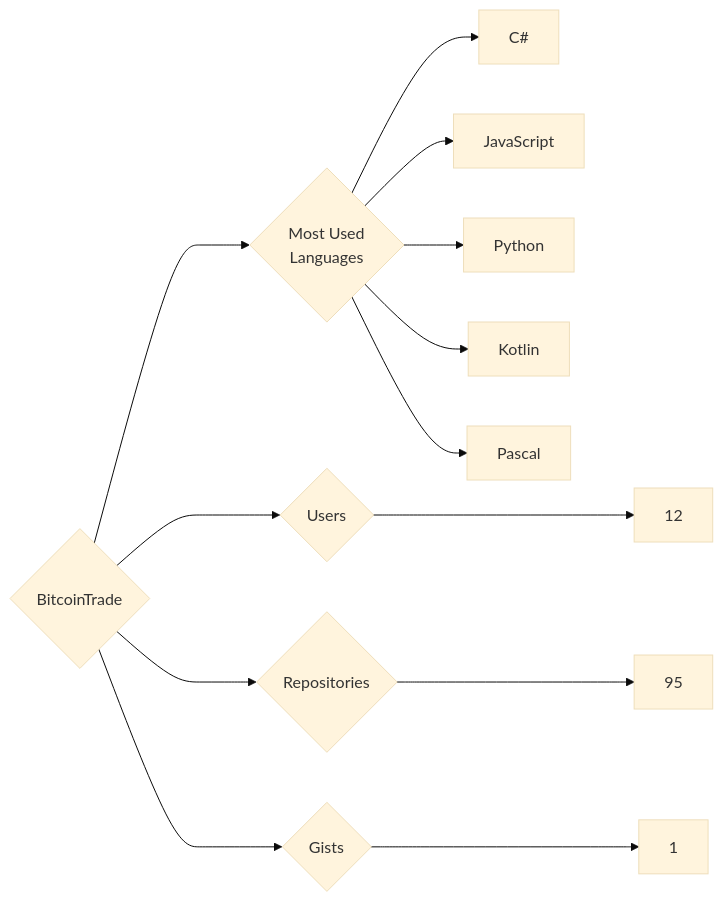
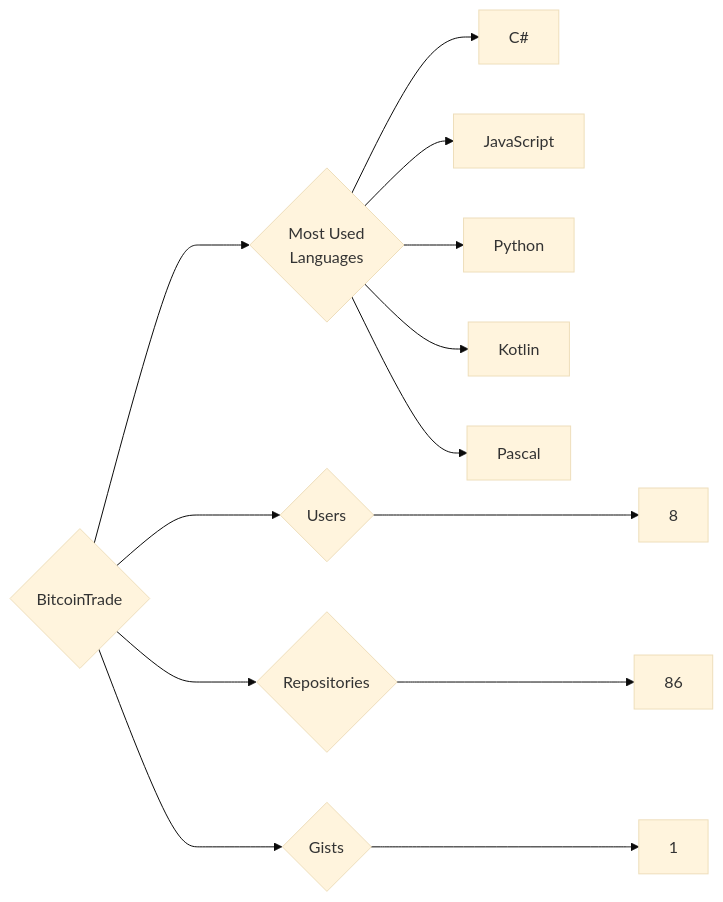
The diagram in targets/BitcoinTrade/README.md (trickest/insiders), drawn with Mermaid (base theme) before and after one commit. The commit also changed 724 other files, not shown here.

````diff
--- a/targets/BitcoinTrade/README.md
+++ b/targets/BitcoinTrade/README.md
@@ -3,13 +3,13 @@
 ```mermaid
 graph LR
 COMPANY_NAME{BitcoinTrade}
-COMPANY_NAME ---> U{Users} ---> UN[12]
-COMPANY_NAME ---> R{Repositories} ---> RN[95]
+COMPANY_NAME ---> U{Users} ---> UN[8]
+COMPANY_NAME ---> R{Repositories} ---> RN[86]
 COMPANY_NAME ---> G{Gists} ---> GN[1]
 COMPANY_NAME ---> ML{Most Used<br>Languages}
 ML --> C#[C#]
 ML --> JavaScript[JavaScript]
 ML --> Python[Python]
 ML --> Kotlin[Kotlin]
 ML --> Pascal[Pascal]
 ```
````
